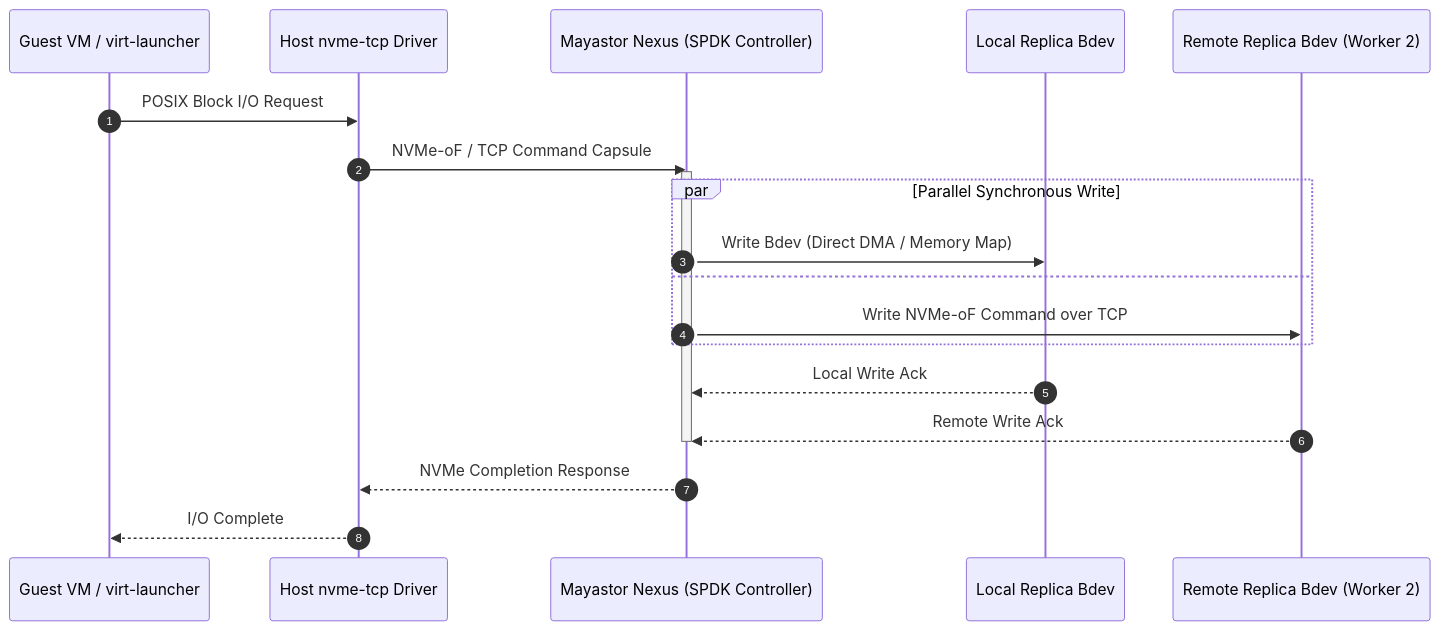
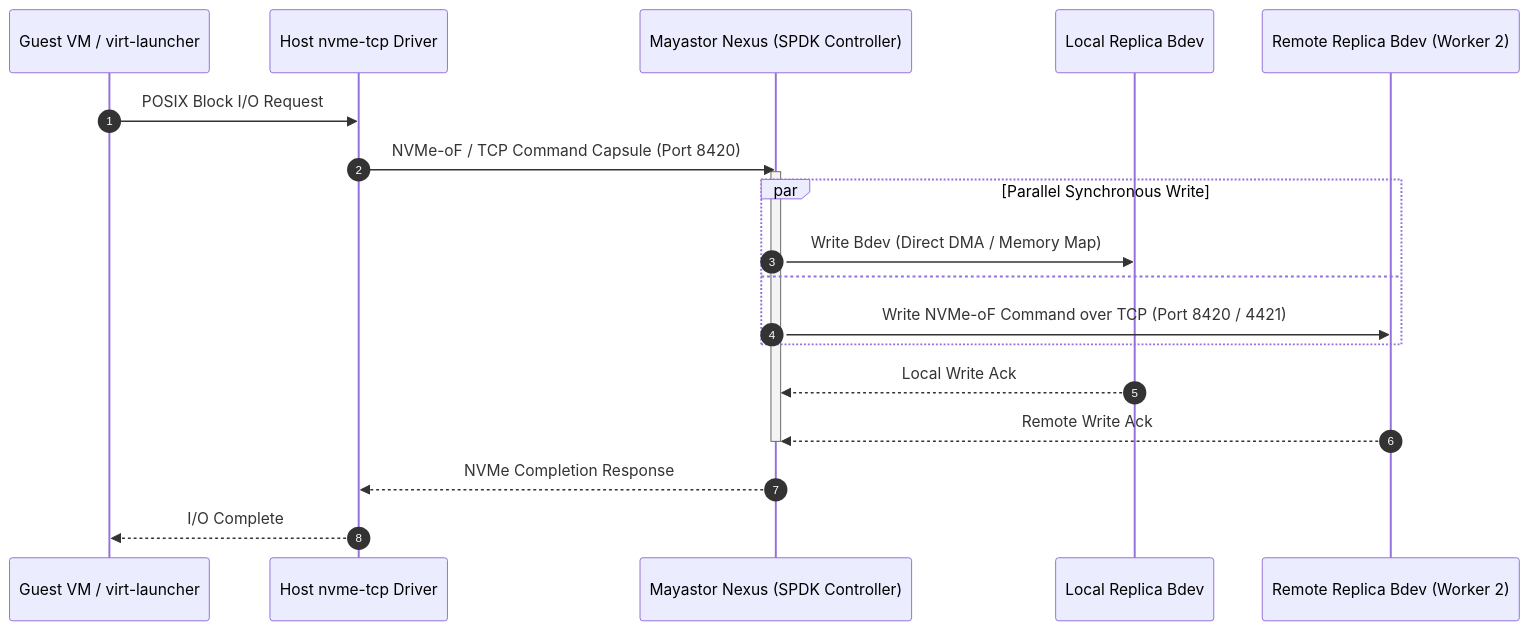
One commit to Swapnil220705/k8s-high-performance-storage changed the second of 3 diagrams in ARCHITECTURE.md. Above: the diagram before and after it, drawn with Mermaid. The commit also changed other lines of this file and 5 other files, not shown here.

Commit message:
docs: align architecture proposal and project governance with chunk 1.10 audit

````diff
--- a/ARCHITECTURE.md
+++ b/ARCHITECTURE.md
@@ -135,23 +143,23 @@
 ```mermaid
 sequenceDiagram
     autonumber
     participant App as Guest VM / virt-launcher
     participant NVMeClient as Host nvme-tcp Driver
     participant Nexus as Mayastor Nexus (SPDK Controller)
     participant RepLocal as Local Replica Bdev
     participant RepRemote as Remote Replica Bdev (Worker 2)
 
     App->>NVMeClient: POSIX Block I/O Request
-    NVMeClient->>Nexus: NVMe-oF / TCP Command Capsule
+    NVMeClient->>Nexus: NVMe-oF / TCP Command Capsule (Port 8420)
     activate Nexus
     par Parallel Synchronous Write
         Nexus->>RepLocal: Write Bdev (Direct DMA / Memory Map)
     and
-        Nexus->>RepRemote: Write NVMe-oF Command over TCP
+        Nexus->>RepRemote: Write NVMe-oF Command over TCP (Port 8420 / 4421)
     end
     RepLocal-->>Nexus: Local Write Ack
     RepRemote-->>Nexus: Remote Write Ack
     deactivate Nexus
     Nexus-->>NVMeClient: NVMe Completion Response
     NVMeClient-->>App: I/O Complete
 ```
````
